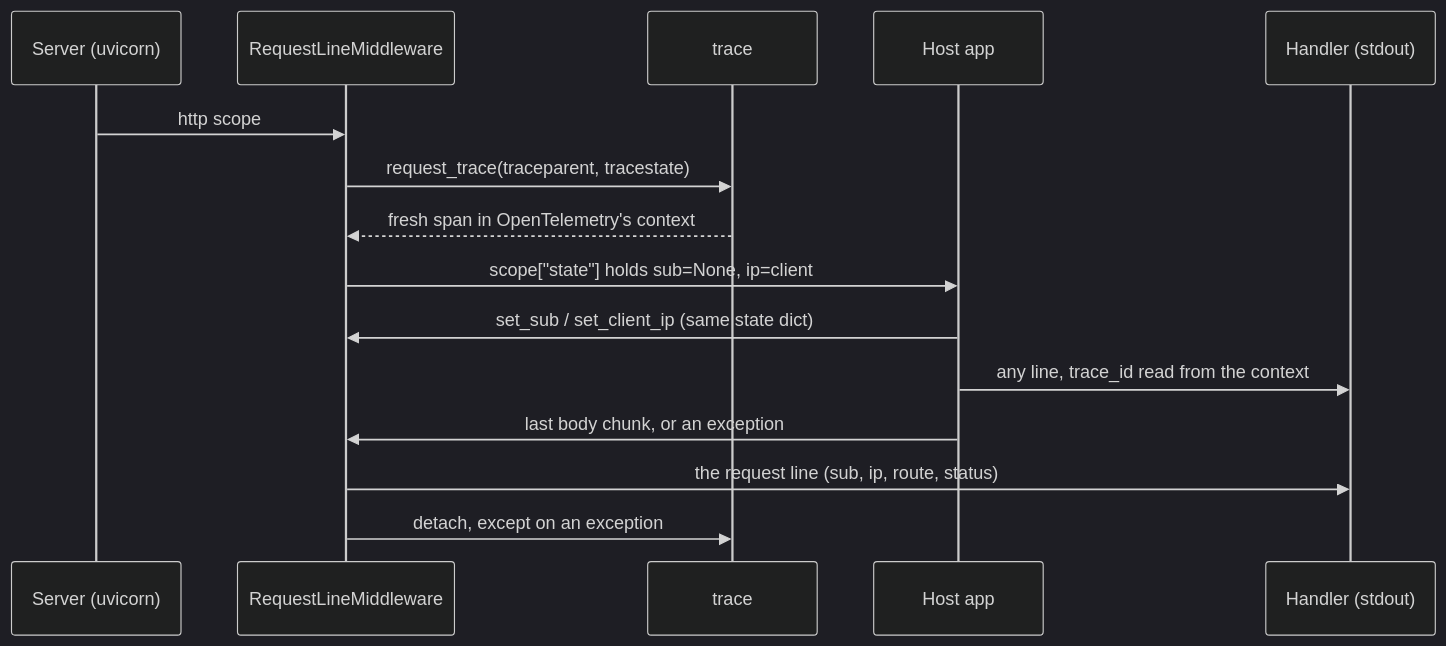
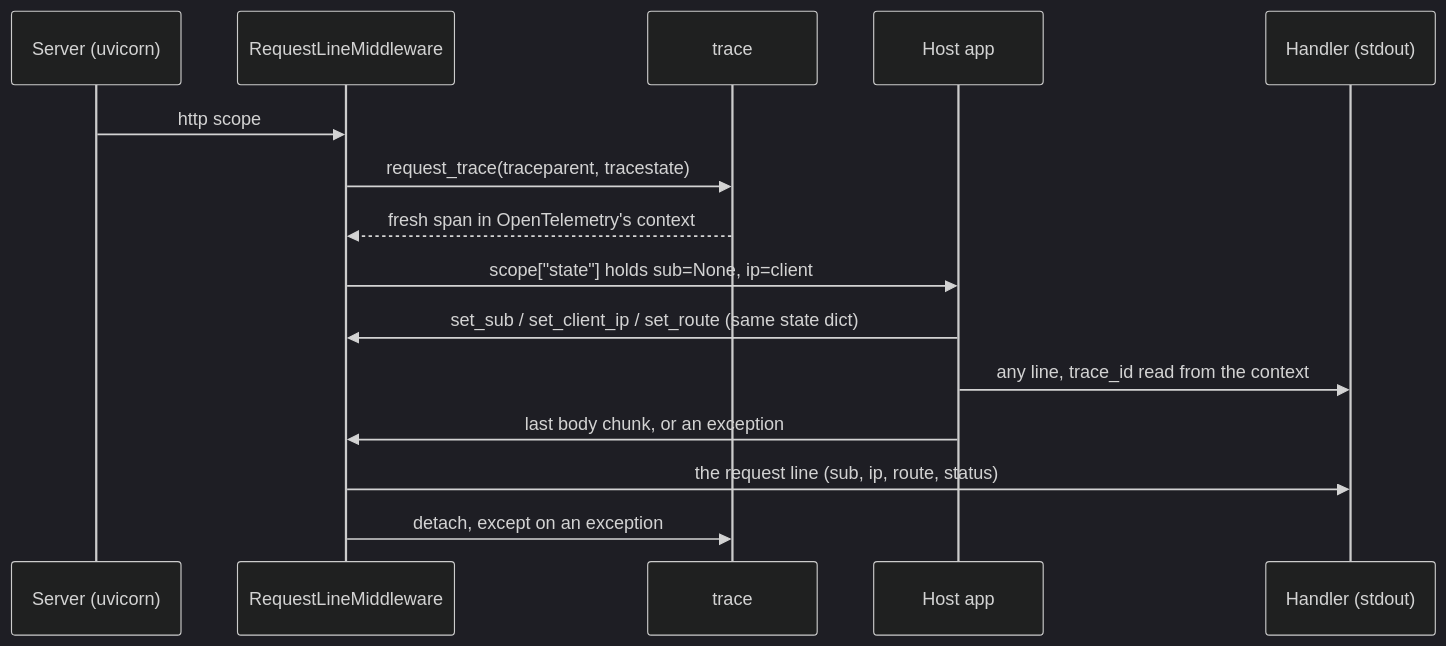
The second of 2 diagrams in docs/ARCHITECTURE.md (overnightworks/logline), drawn with Mermaid (dark theme) before and after one commit. The commit also changed other lines of this file and 7 other files, not shown here.

````diff
--- a/docs/ARCHITECTURE.md
+++ b/docs/ARCHITECTURE.md
@@ -42,17 +42,17 @@
 ```mermaid
 sequenceDiagram
     participant S as Server (uvicorn)
     participant M as RequestLineMiddleware
     participant T as trace
     participant A as Host app
     participant L as Handler (stdout)
     S->>M: http scope
     M->>T: request_trace(traceparent, tracestate)
     T-->>M: fresh span in OpenTelemetry's context
     M->>A: scope["state"] holds sub=None, ip=client
-    A->>M: set_sub / set_client_ip (same state dict)
+    A->>M: set_sub / set_client_ip / set_route (same state dict)
     A->>L: any line, trace_id read from the context
     A->>M: last body chunk, or an exception
     M->>L: the request line (sub, ip, route, status)
     M->>T: detach, except on an exception
 ```
````
